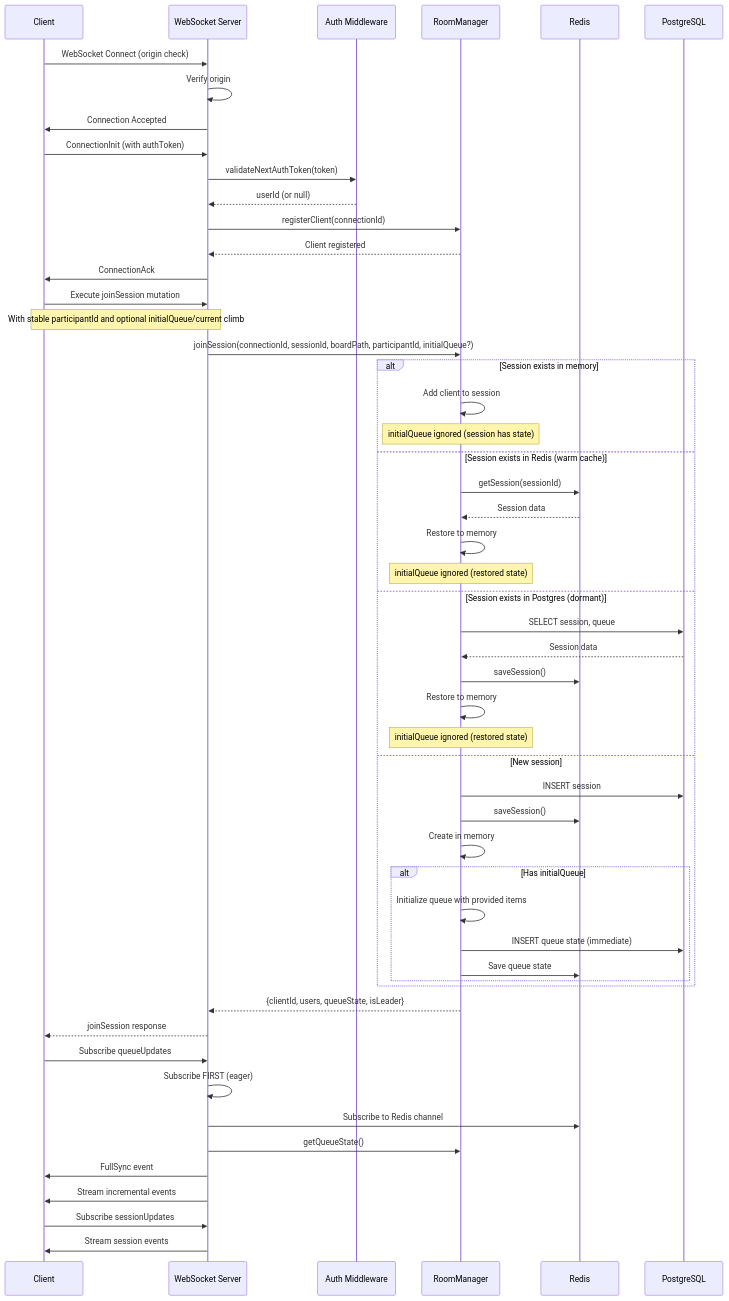
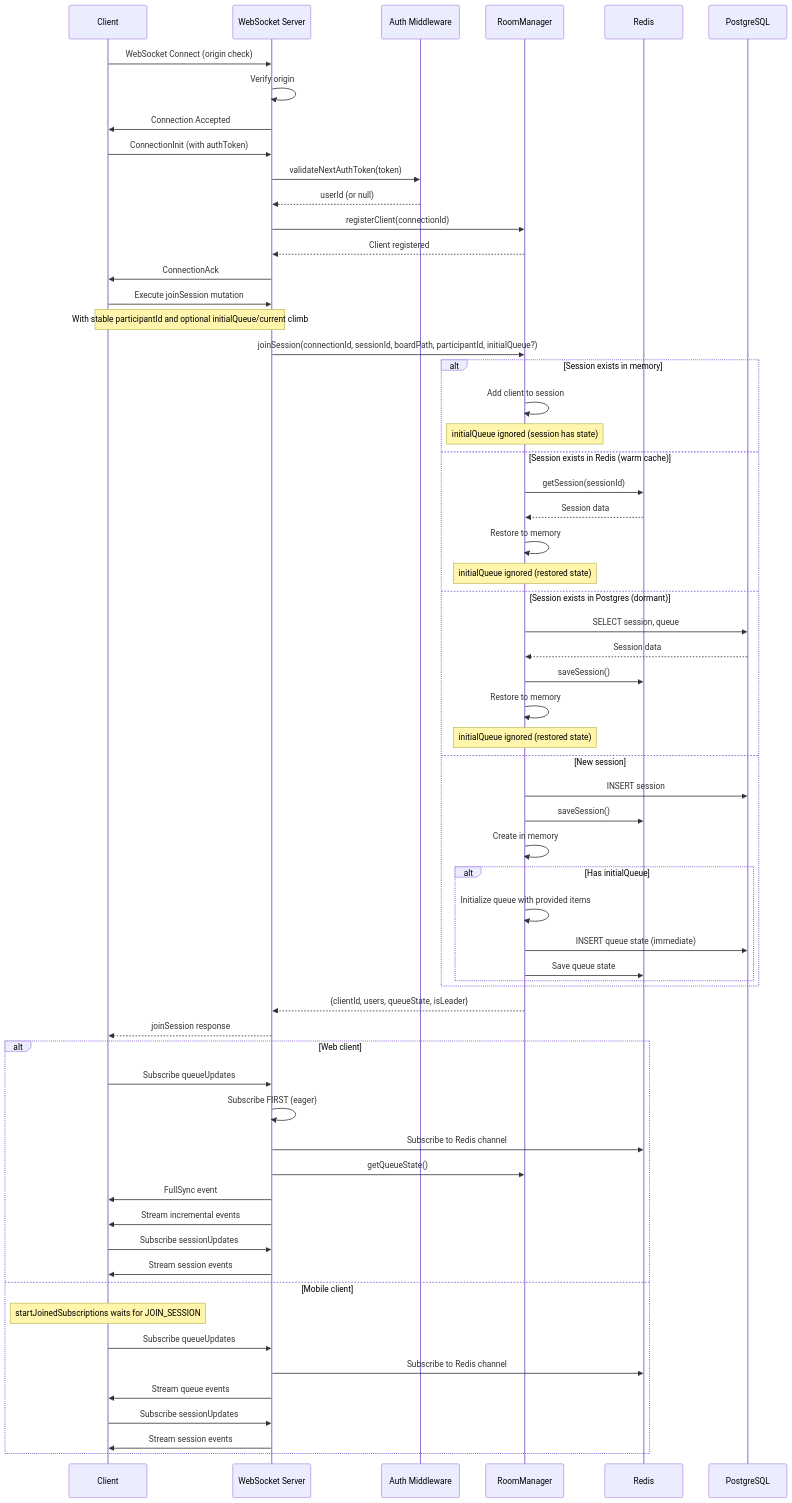
One commit to LucVermeer/board-analysis changed the first of 14 diagrams in docs/websocket-implementation.md. Above: the diagram before and after it, drawn with Mermaid. The commit also changed other lines of this file and 16 other files, not shown here.

````diff
--- a/docs/websocket-implementation.md
+++ b/docs/websocket-implementation.md
@@ -143,62 +143,71 @@
 ```mermaid
 sequenceDiagram
     participant C as Client
     participant WS as WebSocket Server
     participant A as Auth Middleware
     participant RM as RoomManager
     participant R as Redis
     participant PG as PostgreSQL
 
     C->>WS: WebSocket Connect (origin check)
     WS->>WS: Verify origin
     WS->>C: Connection Accepted
 
     C->>WS: ConnectionInit (with authToken)
     WS->>A: validateNextAuthToken(token)
     A-->>WS: userId (or null)
     WS->>RM: registerClient(connectionId)
     RM-->>WS: Client registered
     WS->>C: ConnectionAck
 
     C->>WS: Execute joinSession mutation
     Note over C,WS: With stable participantId and optional initialQueue/current climb
     WS->>RM: joinSession(connectionId, sessionId, boardPath, participantId, initialQueue?)
 
     alt Session exists in memory
         RM->>RM: Add client to session
         Note over RM: initialQueue ignored (session has state)
     else Session exists in Redis (warm cache)
         RM->>R: getSession(sessionId)
         R-->>RM: Session data
         RM->>RM: Restore to memory
         Note over RM: initialQueue ignored (restored state)
     else Session exists in Postgres (dormant)
         RM->>PG: SELECT session, queue
         PG-->>RM: Session data
         RM->>R: saveSession()
         RM->>RM: Restore to memory
         Note over RM: initialQueue ignored (restored state)
     else New session
         RM->>PG: INSERT session
         RM->>R: saveSession()
         RM->>RM: Create in memory
         alt Has initialQueue
             RM->>RM: Initialize queue with provided items
             RM->>PG: INSERT queue state (immediate)
             RM->>R: Save queue state
         end
     end
 
     RM-->>WS: {clientId, users, queueState, isLeader}
     WS-->>C: joinSession response
 
-    C->>WS: Subscribe queueUpdates
-    WS->>WS: Subscribe FIRST (eager)
-    WS->>R: Subscribe to Redis channel
-    WS->>RM: getQueueState()
-    WS->>C: FullSync event
-    WS->>C: Stream incremental events
+    alt Web client
+        C->>WS: Subscribe queueUpdates
+        WS->>WS: Subscribe FIRST (eager)
+        WS->>R: Subscribe to Redis channel
+        WS->>RM: getQueueState()
+        WS->>C: FullSync event
+        WS->>C: Stream incremental events
 
-    C->>WS: Subscribe sessionUpdates
-    WS->>C: Stream session events
+        C->>WS: Subscribe sessionUpdates
+        WS->>C: Stream session events
+    else Mobile client
+        Note over C: startJoinedSubscriptions waits for JOIN_SESSION
+        C->>WS: Subscribe queueUpdates
+        WS->>R: Subscribe to Redis channel
+        WS->>C: Stream queue events
+        C->>WS: Subscribe sessionUpdates
+        WS->>C: Stream session events
+    end
 ```
````
